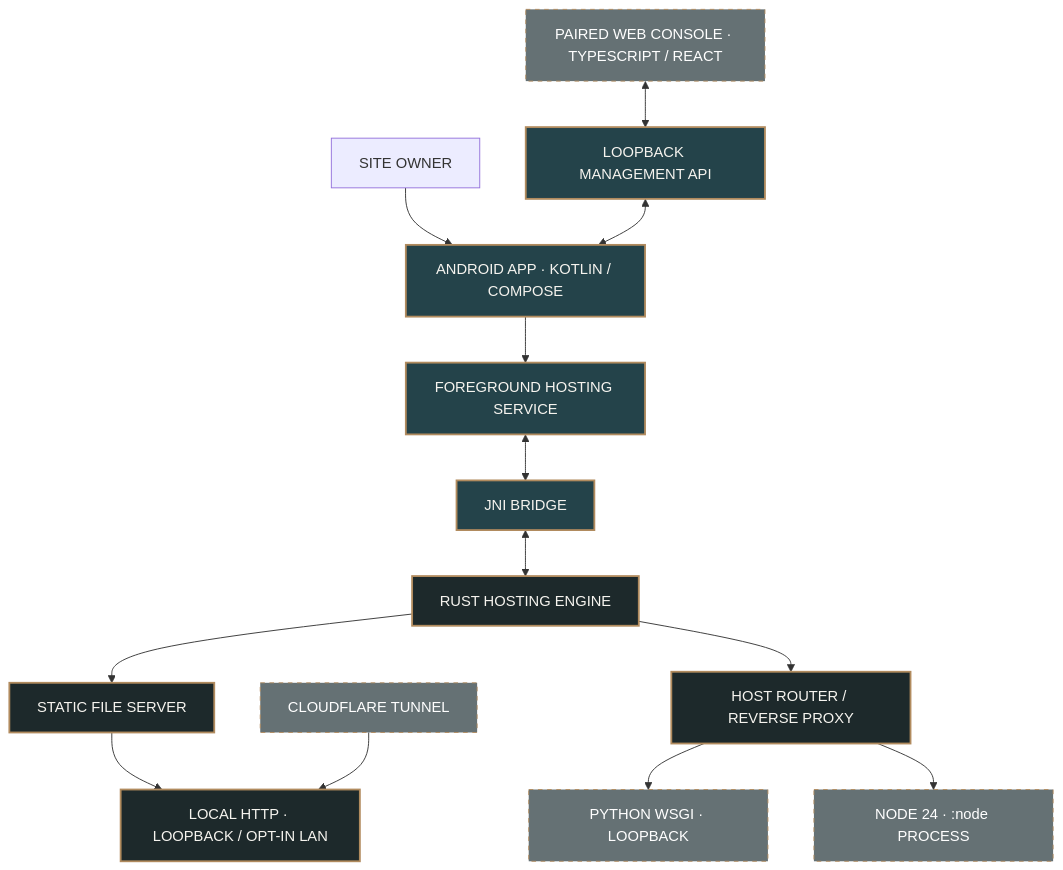
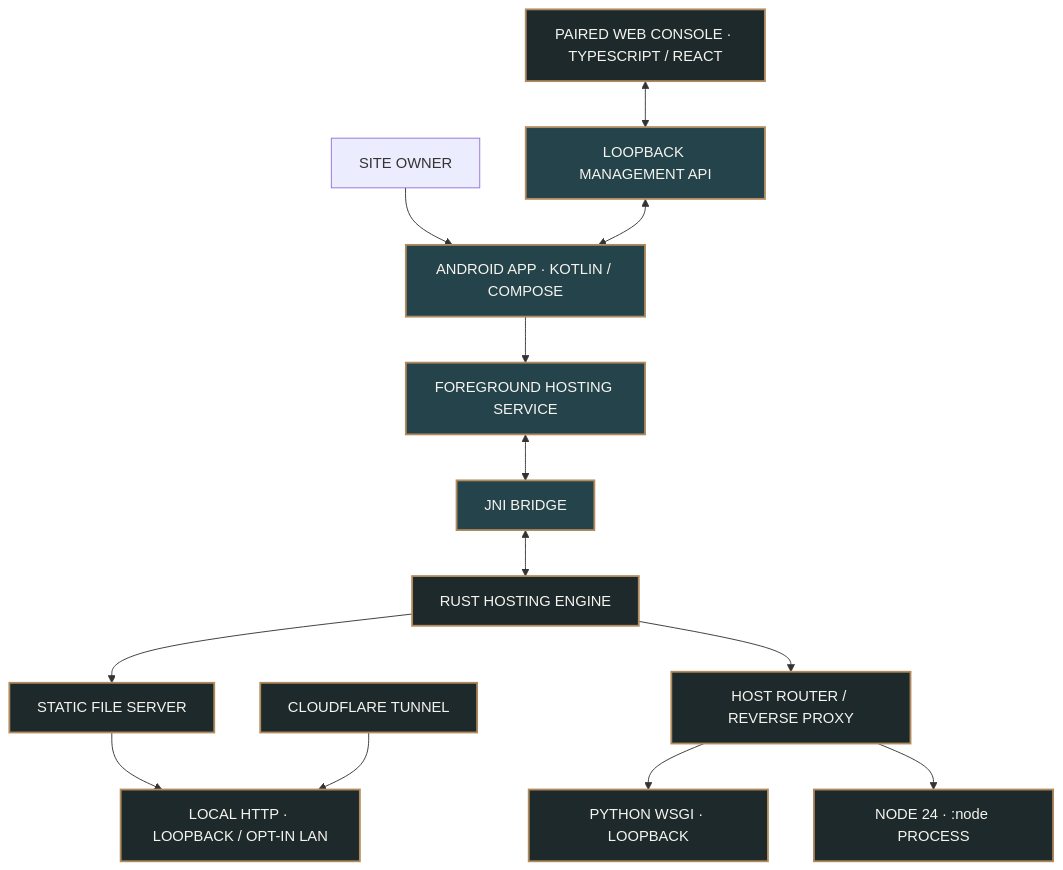
One commit to AssayFlux/PocketHost changed the diagram in README.md. Above: the diagram before and after it, drawn with Mermaid. The commit also changed other lines of this file, not shown here.

Commit message:
Correct README security notice and architecture references

```diff
--- a/README.md
+++ b/README.md
@@ -118,21 +118,21 @@
 ~~~mermaid
 flowchart TB
     OWNER["SITE OWNER"] --> APP["ANDROID APP · KOTLIN / COMPOSE"]
     APP --> SERVICE["FOREGROUND HOSTING SERVICE"]
     SERVICE <--> JNI["JNI BRIDGE"]
     JNI <--> CORE["RUST HOSTING ENGINE"]
     CORE --> STATIC["STATIC FILE SERVER"]
     STATIC --> LOOP["LOCAL HTTP · LOOPBACK / OPT-IN LAN"]
     CONSOLE["PAIRED WEB CONSOLE · TYPESCRIPT / REACT"] <--> API["LOOPBACK MANAGEMENT API"]
     API <--> APP
     CORE --> ROUTER["HOST ROUTER / REVERSE PROXY"]
     ROUTER --> PY["PYTHON WSGI · LOOPBACK"]
     ROUTER --> NODE["NODE 24 · :node PROCESS"]
     TUNNEL["CLOUDFLARE TUNNEL"] --> LOOP
     classDef native fill:#24434A,color:#F6F4EF,stroke:#B18B5E,stroke-width:2px;
     classDef engine fill:#1D292B,color:#F6F4EF,stroke:#B18B5E,stroke-width:2px;
-    classDef planned fill:#657174,color:#FFFFFF,stroke:#B18B5E,stroke-dasharray:5 5;
+    classDef integrated fill:#657174,color:#FFFFFF,stroke:#B18B5E,stroke-width:1px;
     class APP,SERVICE,JNI,API native;
     class CORE,STATIC,LOOP,ROUTER engine;
-    class CONSOLE,TUNNEL,PY,NODE planned;
+    class CONSOLE,TUNNEL,PY,NODE engine;
 ~~~
```
